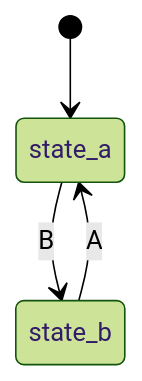
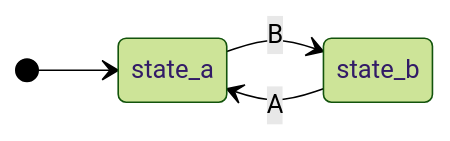
One commit to adel-mamin/amast changed the first of 2 diagrams in README.md. Above: the diagram before and after it, drawn with Mermaid (forest theme). The commit also changed other lines of this file, not shown here.

Commit message:
Render diagrams horizontally in README.md

````diff
--- a/README.md
+++ b/README.md
@@ -22,7 +22,9 @@
 ```mermaid
 stateDiagram-v2
+    direction LR
+
     [*] --> state_a
 
     state_a --> state_b : B
     state_b --> state_a : A
 ```
````
